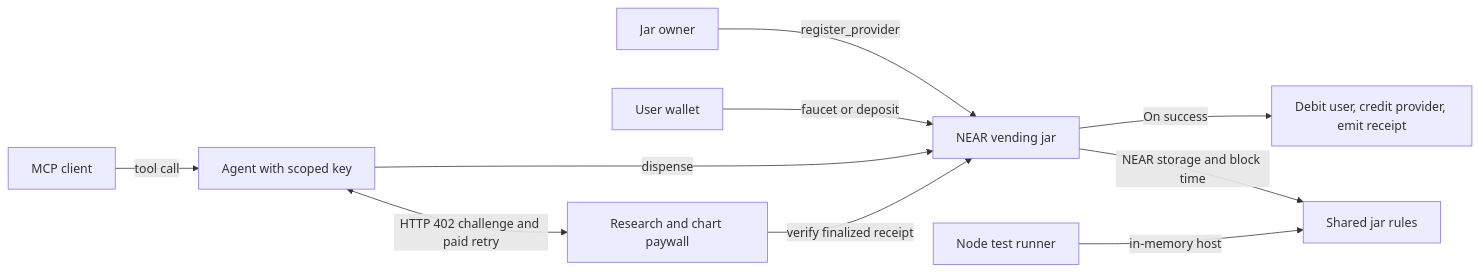
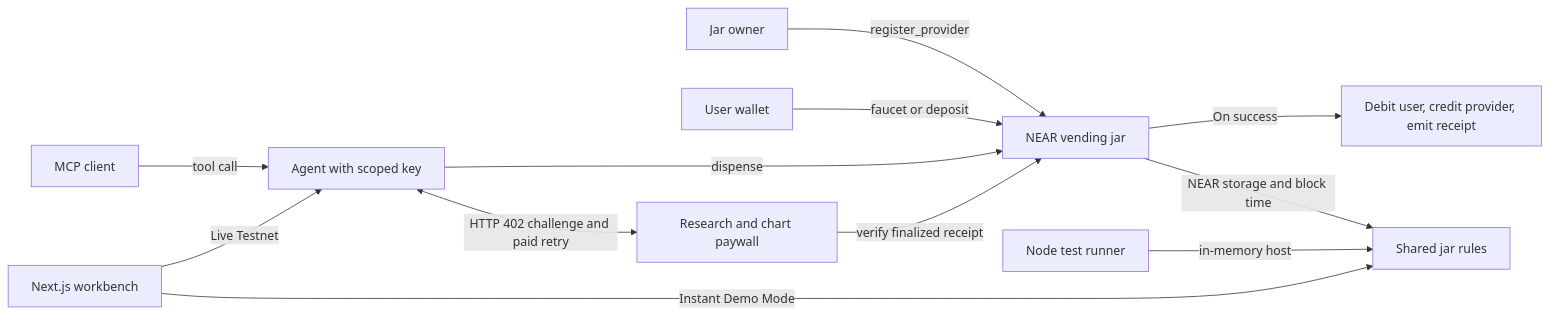
One commit to Niskarsh12/quarters changed the diagram in README.md. Above: the diagram before and after it, drawn with Mermaid. The commit also changed other lines of this file and 22 other files, not shown here.

````diff
--- a/README.md
+++ b/README.md
@@ -18,12 +22,14 @@
 ```mermaid
 flowchart LR
     Owner["Jar owner"] -->|register_provider| Jar["NEAR vending jar"]
     User["User wallet"] -->|faucet or deposit| Jar
     Agent["Agent with scoped key"] -->|dispense| Jar
     MCP["MCP client"] -->|tool call| Agent
+    Workbench["Next.js workbench"] -->|"Live Testnet"| Agent
+    Workbench -->|"Instant Demo Mode"| Rules
     Agent <-->|HTTP 402 challenge and paid retry| Provider["Research and chart paywall"]
     Provider -->|verify finalized receipt| Jar
     Jar -->|"On success"| Ledger["Debit user, credit provider, emit receipt"]
     Tests["Node test runner"] -->|in-memory host| Rules["Shared jar rules"]
     Jar -->|NEAR storage and block time| Rules
 ```
````
